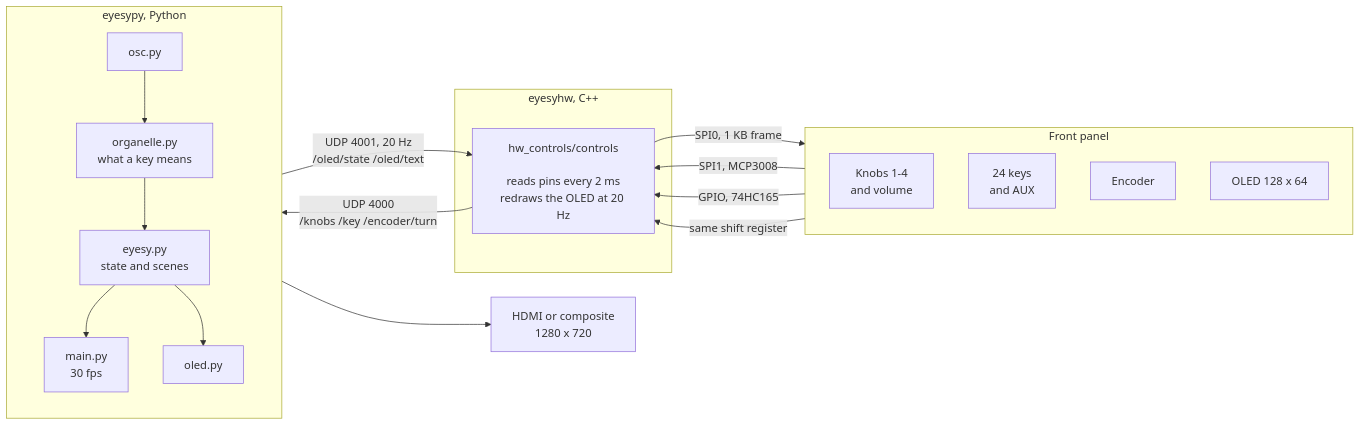
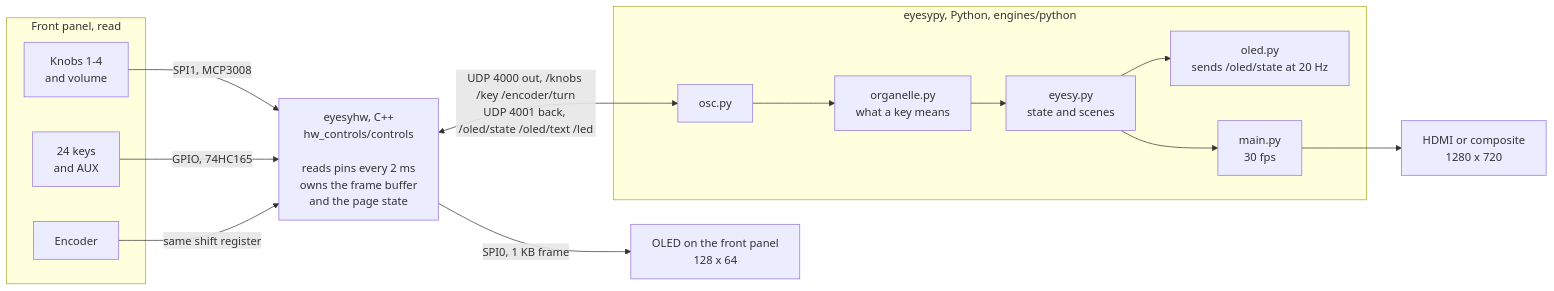
One commit to sumi104/eyesy-organelle changed the diagram in platforms/organelle_s/README.md. Above: the diagram before and after it, drawn with Mermaid.

Commit message:
Lay the diagram out so it does not fold back on itself
Reported from the rendered page: the front panel and the engine came out on
the wrong sides of each other, and the panel's contents spread sideways so the
wires no longer pointed at anything in particular.

Both were the same mistake. The OLED sat inside the Front panel group while
also being drawn by the C++ process, so that group belonged both before and
after it and had to be stretched across the whole picture, taking its other
members with it. oled.py pointing back at the C++ process did the same to the
engine group, which is what swapped the two sides.

Every edge now runs one way. The OLED becomes its own node downstream of the
process that drives it, named so it is still clearly on the panel, and the two
directions of OSC collapse into one double headed edge carrying both port
numbers. The panel group is left with three nodes that only send, so it stacks
instead of spreading.

````diff
--- a/platforms/organelle_s/README.md
+++ b/platforms/organelle_s/README.md
@@ -30,36 +30,31 @@
 ```mermaid
 flowchart LR
-    subgraph panel ["Front panel"]
-        direction TB
+    subgraph panel ["Front panel, read"]
         knobs["Knobs 1-4<br/>and volume"]
         keys["24 keys<br/>and AUX"]
         enc["Encoder"]
-        oled["OLED 128 x 64"]
     end
 
-    subgraph hw ["eyesyhw, C++"]
-        ctl["hw_controls/controls<br/><br/>reads pins every 2 ms<br/>redraws the OLED at 20 Hz"]
-    end
+    ctl["eyesyhw, C++<br/>hw_controls/controls<br/><br/>reads pins every 2 ms<br/>owns the frame buffer<br/>and the page state"]
 
-    subgraph py ["eyesypy, Python"]
-        direction TB
+    subgraph py ["eyesypy, Python, engines/python"]
         osc["osc.py"]
         org["organelle.py<br/>what a key means"]
         eng["eyesy.py<br/>state and scenes"]
-        old["oled.py"]
+        old["oled.py<br/>sends /oled/state at 20 Hz"]
         drw["main.py<br/>30 fps"]
     end
 
+    oled["OLED on the front panel<br/>128 x 64"]
     out["HDMI or composite<br/>1280 x 720"]
 
     knobs -- "SPI1, MCP3008" --> ctl
     keys -- "GPIO, 74HC165" --> ctl
     enc -- "same shift register" --> ctl
     ctl -- "SPI0, 1 KB frame" --> oled
 
-    ctl -- "UDP 4000<br/>/knobs /key /encoder/turn" --> osc
-    old -- "UDP 4001, 20 Hz<br/>/oled/state /oled/text" --> ctl
+    ctl <-- "UDP 4000 out, /knobs /key /encoder/turn<br/>UDP 4001 back, /oled/state /oled/text /led" --> osc
 
     osc --> org --> eng --> drw --> out
     eng --> old
 ```
````
